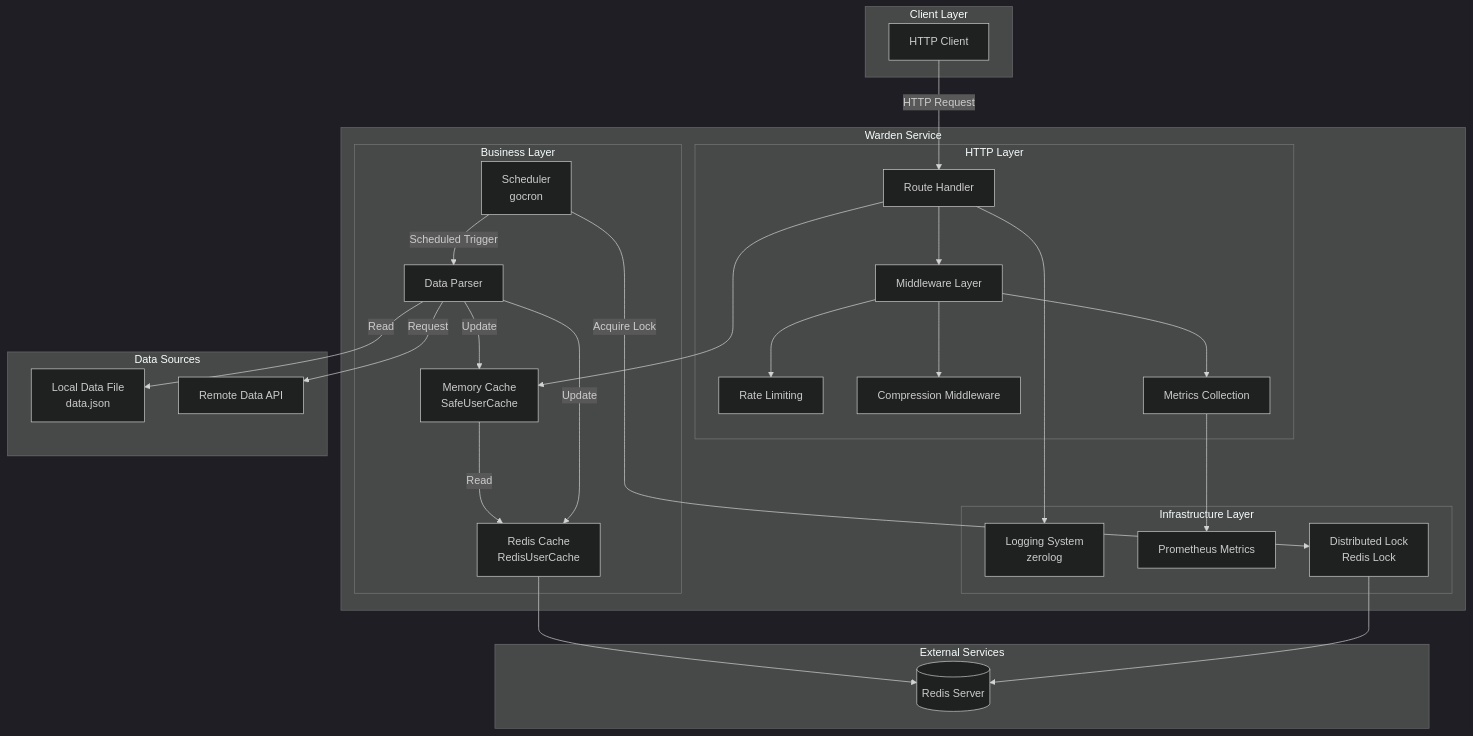
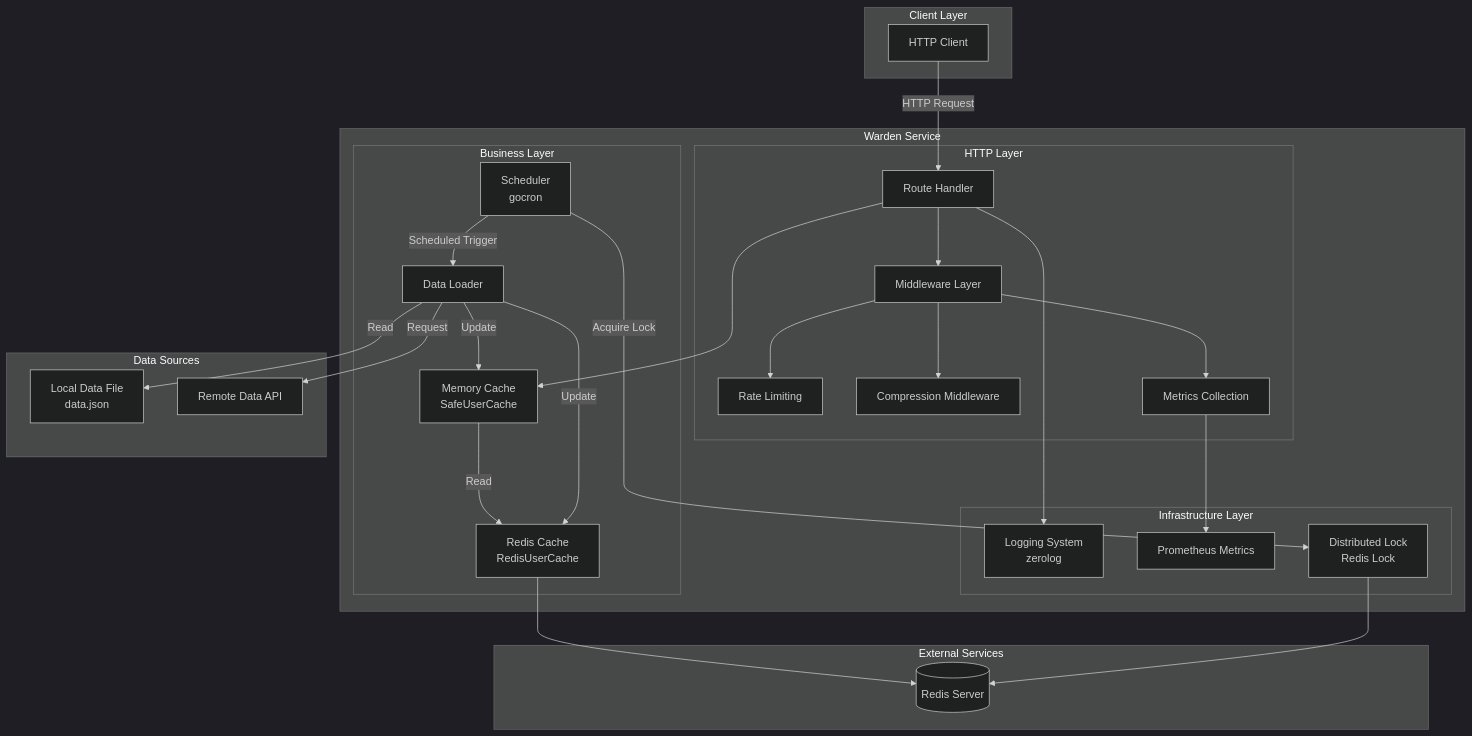
The first of 7 diagrams in docs/deDE/ARCHITECTURE.md (soulteary/warden), drawn with Mermaid (dark theme) before and after one commit. The commit also changed other lines of this file and 30 other files, not shown here.

````diff
--- a/docs/deDE/ARCHITECTURE.md
+++ b/docs/deDE/ARCHITECTURE.md
@@ -9,56 +9,56 @@
 ```mermaid
 graph TB
     subgraph "Client Layer"
         Client[HTTP Client]
     end
 
     subgraph "Warden Service"
         subgraph "HTTP Layer"
             Router[Route Handler]
             Middleware[Middleware Layer]
             RateLimit[Rate Limiting]
             Compress[Compression Middleware]
             Metrics[Metrics Collection]
         end
 
         subgraph "Business Layer"
             UserCache[Memory Cache<br/>SafeUserCache]
             RedisCache[Redis Cache<br/>RedisUserCache]
-            Parser[Data Parser]
+            Loader[Data Loader]
             Scheduler[Scheduler<br/>gocron]
         end
 
         subgraph "Infrastructure Layer"
             Logger[Logging System<br/>zerolog]
             Prometheus[Prometheus Metrics]
             RedisLock[Distributed Lock<br/>Redis Lock]
         end
     end
 
     subgraph "Data Sources"
         LocalFile[Local Data File<br/>data.json]
         RemoteAPI[Remote Data API]
     end
 
     subgraph "External Services"
         Redis[(Redis Server)]
     end
 
     Client -->|HTTP Request| Router
     Router --> Middleware
     Middleware --> RateLimit
     Middleware --> Compress
     Middleware --> Metrics
     Router --> UserCache
     UserCache -->|Read| RedisCache
     RedisCache --> Redis
-    Scheduler -->|Scheduled Trigger| Parser
-    Parser -->|Read| LocalFile
-    Parser -->|Request| RemoteAPI
-    Parser -->|Update| UserCache
-    Parser -->|Update| RedisCache
+    Scheduler -->|Scheduled Trigger| Loader
+    Loader -->|Read| LocalFile
+    Loader -->|Request| RemoteAPI
+    Loader -->|Update| UserCache
+    Loader -->|Update| RedisCache
     Scheduler -->|Acquire Lock| RedisLock
     RedisLock --> Redis
     Router --> Logger
     Metrics --> Prometheus
 ```
````
